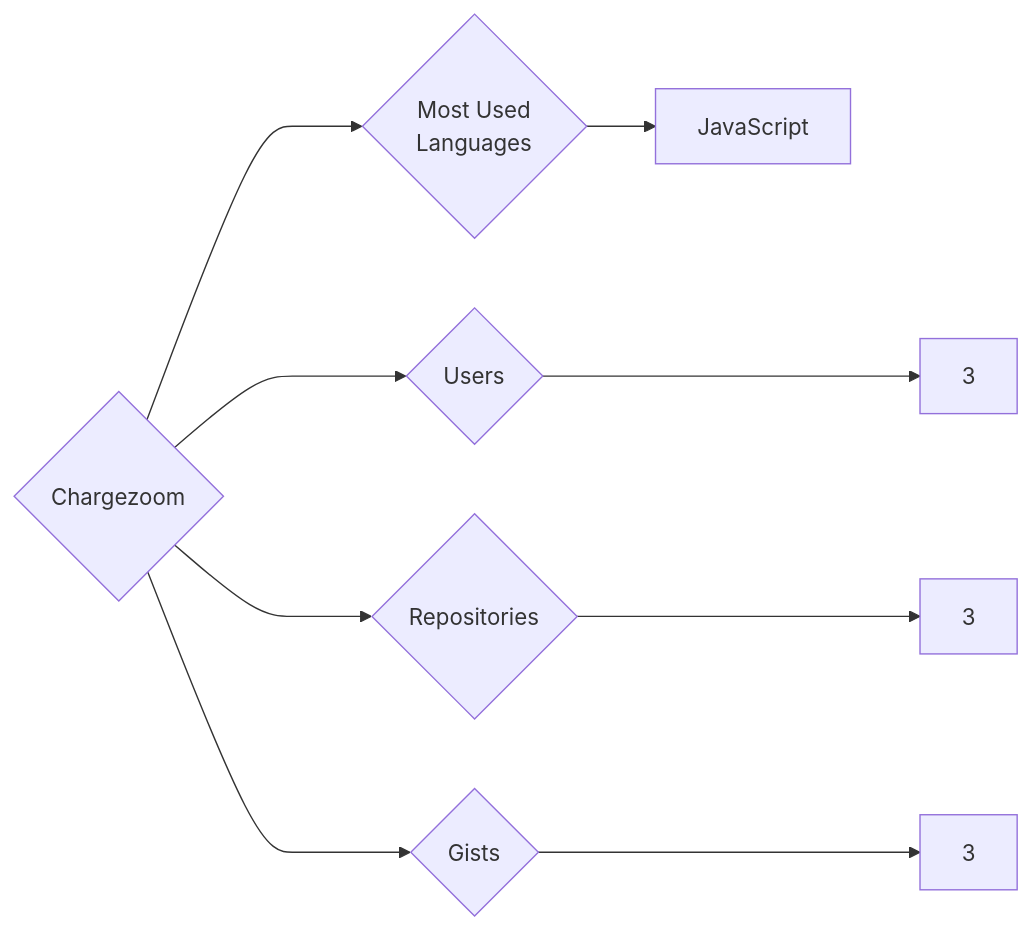
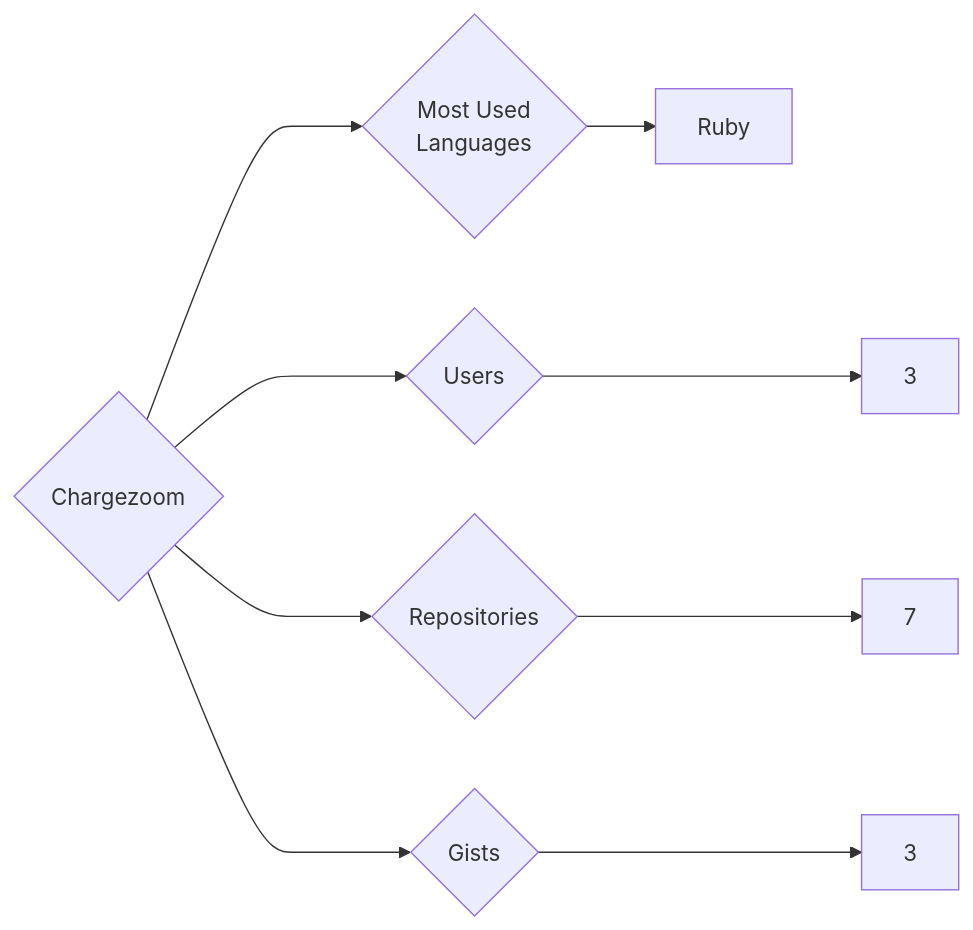
Before and after one commit to trickest/insiders: the diagram in targets/Chargezoom/README.md, drawn with Mermaid. The commit also changed 988 other files, not shown here.

````diff
--- a/targets/Chargezoom/README.md
+++ b/targets/Chargezoom/README.md
@@ -3,9 +3,9 @@
 ```mermaid
 graph LR
 COMPANY_NAME{Chargezoom}
 COMPANY_NAME ---> U{Users} ---> UN[3]
-COMPANY_NAME ---> R{Repositories} ---> RN[3]
+COMPANY_NAME ---> R{Repositories} ---> RN[7]
 COMPANY_NAME ---> G{Gists} ---> GN[3]
 COMPANY_NAME ---> ML{Most Used<br>Languages}
-ML --> JavaScript[JavaScript]
+ML --> Ruby[Ruby]
 ```
````
